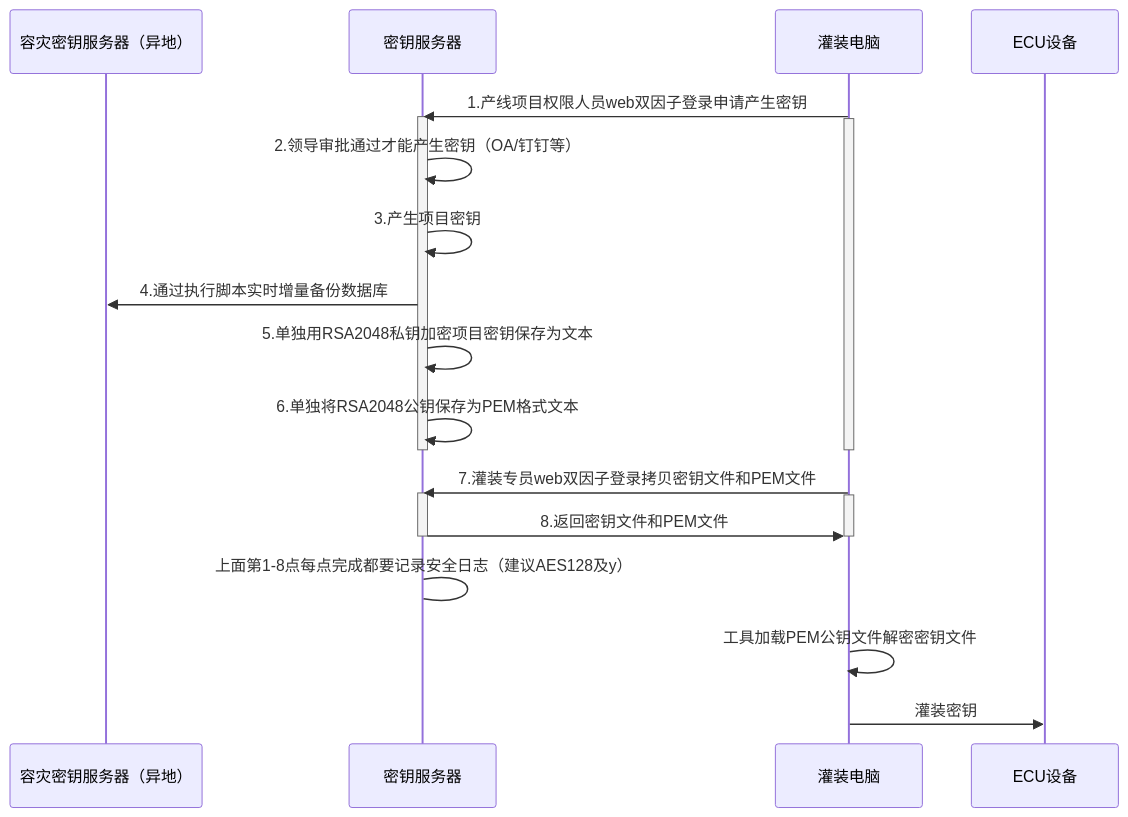
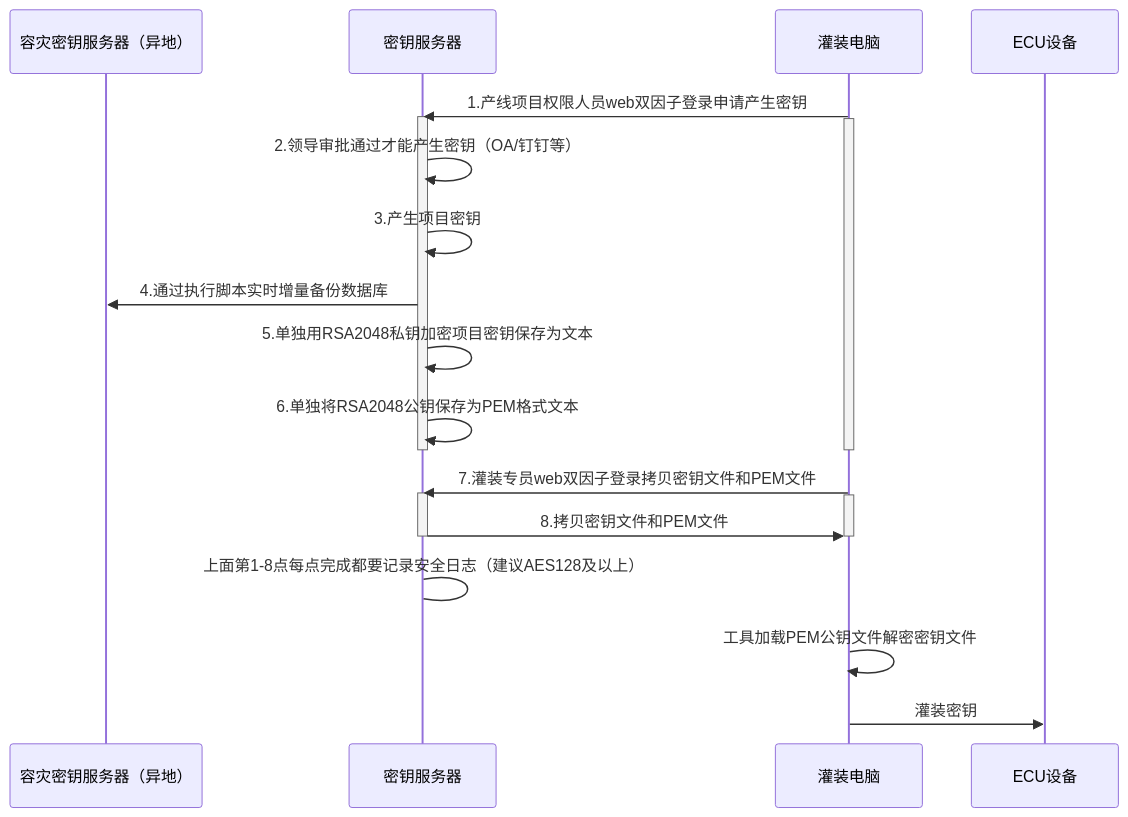
The diagram in all/未命名-15.md (facebook-cloud/iodraw-files), drawn with Mermaid before and after one commit.

Commit message:
2026-02-11 19:55:37 update

````diff
--- a/all/未命名-15.md
+++ b/all/未命名-15.md
@@ -1,32 +1,32 @@
 ```mermaid
 sequenceDiagram
     participant A as 容灾密钥服务器（异地）
     participant B as 密钥服务器
     participant D as 灌装电脑
     participant E as ECU设备
 
     
     D->>B: 1.产线项目权限人员web双因子登录申请产生密钥
     activate B
     activate D
     B->>B: 2.领导审批通过才能产生密钥（OA/钉钉等）
     B->>B: 3.产生项目密钥
     B->>A: 4.通过执行脚本实时增量备份数据库
     B->>B: 5.单独用RSA2048私钥加密项目密钥保存为文本
     B->>B: 6.单独将RSA2048公钥保存为PEM格式文本
     deactivate B
     deactivate D
 
     
     D->>B: 7.灌装专员web双因子登录拷贝密钥文件和PEM文件
     activate B
     activate D
-    B->>D: 8.返回密钥文件和PEM文件
+    B->>D: 8.拷贝密钥文件和PEM文件
     deactivate B
     deactivate D
-    B->B: 上面第1-8点每点完成都要记录安全日志（建议AES128及y）
+    B->B: 上面第1-8点每点完成都要记录安全日志（建议AES128及以上）
 
     D->>D:工具加载PEM公钥文件解密密钥文件
     
     D->>E: 灌装密钥
 ```
````
